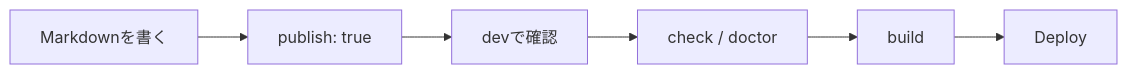
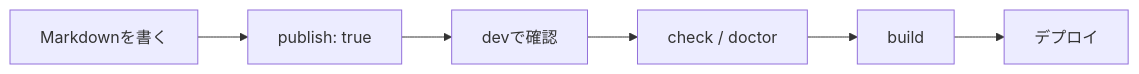
One commit to Rerurate514/riebeckite changed the second of 2 diagrams in docs/docs/guides/writing-content.ja.md. Above: the diagram before and after it, drawn with Mermaid. The commit also changed other lines of this file and 310 other files, not shown here.

````diff
--- a/docs/docs/guides/writing-content.ja.md
+++ b/docs/docs/guides/writing-content.ja.md
@@ -485,15 +485,15 @@
 ```mermaid
 flowchart LR
     Write["Markdownを書く"]
     Publish["publish: true"]
     Dev["devで確認"]
     Check["check / doctor"]
     Build["build"]
-    Deploy["Deploy"]
+    Deploy["デプロイ"]
 
     Write --> Publish
     Publish --> Dev
     Dev --> Check
     Check --> Build
     Build --> Deploy
 ```
````
